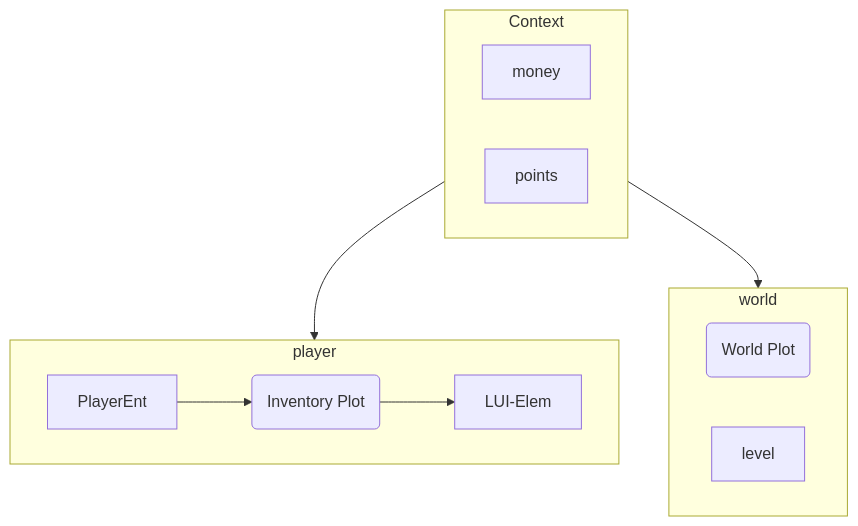
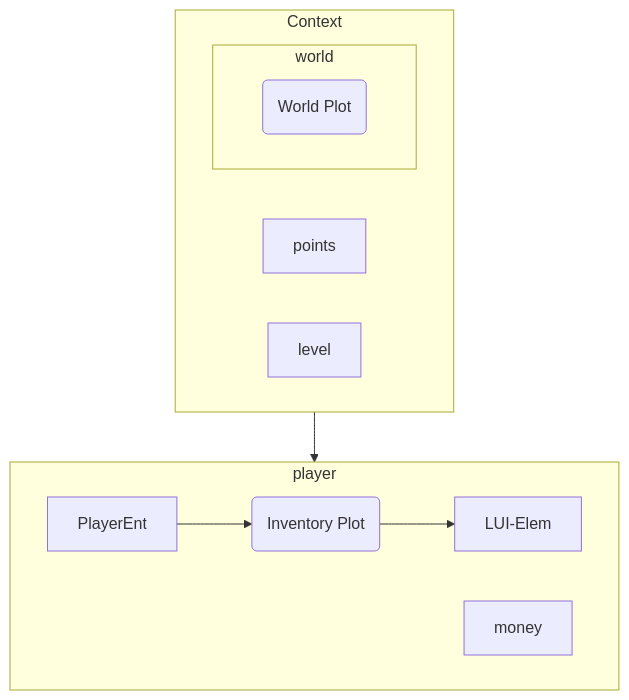
The first of 4 diagrams in lootplot/ARCHITECTURE.md (UntitledModGame/umg-mods), drawn with Mermaid before and after one commit. The commit also changed other lines of this file and 7 other files, not shown here.

````diff
--- a/lootplot/ARCHITECTURE.md
+++ b/lootplot/ARCHITECTURE.md
@@ -5,22 +5,22 @@
 ```mermaid
 
 graph TD
     subgraph Context
-        money
         points
+        level
+        world
     end
     Context --> player
-    Context--> world
 
     subgraph world
         WorldPlot(World Plot)
-        level
     end
     subgraph player
         PlayerEnt
         PlayerEnt --> InventoryPlot
         InventoryPlot --> LUI-Elem
         InventoryPlot(Inventory Plot)
+        money
     end
 
 ```
````
